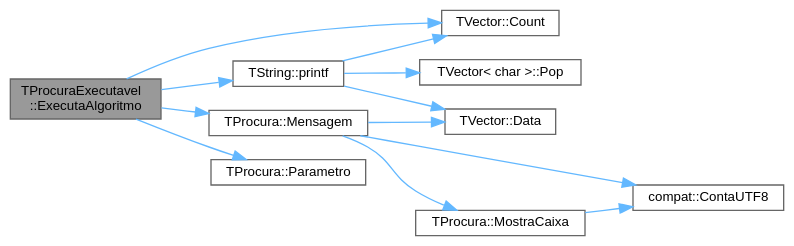
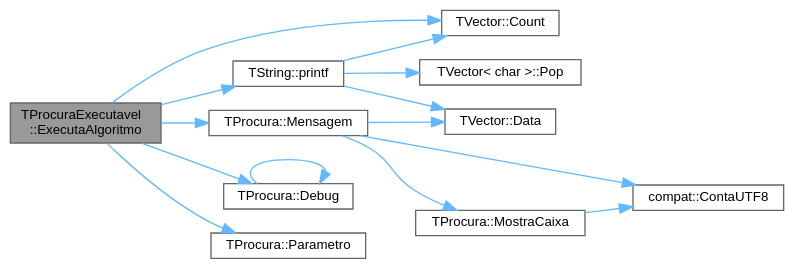
One commit to jcoelho72/TProcura changed the diagram in classTProcuraExecutavel_a4a5bfffa3469b7827316d59fea6796c1_cgraph.dot. Above: the diagram before and after it, drawn with Graphviz. The commit also changed 125 other files, not shown here.

```diff
--- a/classTProcuraExecutavel_a4a5bfffa3469b7827316d59fea6796c1_cgraph.dot
+++ b/classTProcuraExecutavel_a4a5bfffa3469b7827316d59fea6796c1_cgraph.dot
@@ -1,28 +1,31 @@
 digraph "TProcuraExecutavel::ExecutaAlgoritmo"
 {
  // LATEX_PDF_SIZE
   bgcolor="transparent";
   edge [fontname=Helvetica,fontsize=10,labelfontname=Helvetica,labelfontsize=10];
   node [fontname=Helvetica,fontsize=10,shape=box,height=0.2,width=0.4];
   rankdir="LR";
   Node1 [id="Node000001",label="TProcuraExecutavel\l::ExecutaAlgoritmo",height=0.2,width=0.4,color="gray40", fillcolor="grey60", style="filled", fontcolor="black",tooltip="Executa o algoritmo e extrai os indicadores."];
   Node1 -> Node2 [id="edge1_Node000001_Node000002",color="steelblue1",style="solid",tooltip=" "];
   Node2 [id="Node000002",label="TVector::Count",height=0.2,width=0.4,color="grey40", fillcolor="white", style="filled",URL="$classTVector.html#ac3c744d84543ca6e32859eb7dfccfeef",tooltip=" "];
   Node1 -> Node3 [id="edge2_Node000001_Node000003",color="steelblue1",style="solid",tooltip=" "];
-  Node3 [id="Node000003",label="TProcura::Mensagem",height=0.2,width=0.4,color="grey40", fillcolor="white", style="filled",URL="$classTProcura.html#a9a00ec91eff35fd4e73de608ceb195f6",tooltip=" "];
-  Node3 -> Node4 [id="edge3_Node000003_Node000004",color="steelblue1",style="solid",tooltip=" "];
-  Node4 [id="Node000004",label="compat::ContaUTF8",height=0.2,width=0.4,color="grey40", fillcolor="white", style="filled",URL="$namespacecompat.html#a2cc00022a29bc0fc08165228956a10f5",tooltip=" "];
-  Node3 -> Node5 [id="edge4_Node000003_Node000005",color="steelblue1",style="solid",tooltip=" "];
-  Node5 [id="Node000005",label="TVector::Data",height=0.2,width=0.4,color="grey40", fillcolor="white", style="filled",URL="$classTVector.html#addd572d70b587092fddc21a8b0f53120",tooltip="Acesso direto."];
-  Node3 -> Node6 [id="edge5_Node000003_Node000006",color="steelblue1",style="solid",tooltip=" "];
-  Node6 [id="Node000006",label="TProcura::MostraCaixa",height=0.2,width=0.4,color="grey40", fillcolor="white", style="filled",URL="$classTProcura.html#a07ef3e2896824e87650013dfefb3d665",tooltip=" "];
-  Node6 -> Node4 [id="edge6_Node000006_Node000004",color="steelblue1",style="solid",tooltip=" "];
-  Node1 -> Node7 [id="edge7_Node000001_Node000007",color="steelblue1",style="solid",tooltip=" "];
-  Node7 [id="Node000007",label="TProcura::Parametro",height=0.2,width=0.4,color="grey40", fillcolor="white", style="filled",URL="$classTProcura.html#a0e9e692f29af8a5d5279a8647c800437",tooltip=" "];
-  Node1 -> Node8 [id="edge8_Node000001_Node000008",color="steelblue1",style="solid",tooltip=" "];
-  Node8 [id="Node000008",label="TString::printf",height=0.2,width=0.4,color="grey40", fillcolor="white", style="filled",URL="$classTString.html#a4b9a718839325a0e057bc6e2483d3f17",tooltip=" "];
-  Node8 -> Node2 [id="edge9_Node000008_Node000002",color="steelblue1",style="solid",tooltip=" "];
-  Node8 -> Node5 [id="edge10_Node000008_Node000005",color="steelblue1",style="solid",tooltip=" "];
-  Node8 -> Node9 [id="edge11_Node000008_Node000009",color="steelblue1",style="solid",tooltip=" "];
-  Node9 [id="Node000009",label="TVector\< char \>::Pop",height=0.2,width=0.4,color="grey40", fillcolor="white", style="filled",URL="$classTVector.html#a3249913626d54e46b07e168ce1f05d87",tooltip=" "];
+  Node3 [id="Node000003",label="TProcura::Debug",height=0.2,width=0.4,color="grey40", fillcolor="white", style="filled",URL="$classTProcura.html#a0c5676c1b54ab6bdc1045b98aeafe456",tooltip="Mostra o estado no ecrã, para debug."];
+  Node3 -> Node3 [id="edge3_Node000003_Node000003",color="steelblue1",style="solid",tooltip=" "];
+  Node1 -> Node4 [id="edge4_Node000001_Node000004",color="steelblue1",style="solid",tooltip=" "];
+  Node4 [id="Node000004",label="TProcura::Mensagem",height=0.2,width=0.4,color="grey40", fillcolor="white", style="filled",URL="$classTProcura.html#a9a00ec91eff35fd4e73de608ceb195f6",tooltip=" "];
+  Node4 -> Node5 [id="edge5_Node000004_Node000005",color="steelblue1",style="solid",tooltip=" "];
+  Node5 [id="Node000005",label="compat::ContaUTF8",height=0.2,width=0.4,color="grey40", fillcolor="white", style="filled",URL="$namespacecompat.html#a2cc00022a29bc0fc08165228956a10f5",tooltip=" "];
+  Node4 -> Node6 [id="edge6_Node000004_Node000006",color="steelblue1",style="solid",tooltip=" "];
+  Node6 [id="Node000006",label="TVector::Data",height=0.2,width=0.4,color="grey40", fillcolor="white", style="filled",URL="$classTVector.html#addd572d70b587092fddc21a8b0f53120",tooltip="Acesso direto."];
+  Node4 -> Node7 [id="edge7_Node000004_Node000007",color="steelblue1",style="solid",tooltip=" "];
+  Node7 [id="Node000007",label="TProcura::MostraCaixa",height=0.2,width=0.4,color="grey40", fillcolor="white", style="filled",URL="$classTProcura.html#a07ef3e2896824e87650013dfefb3d665",tooltip=" "];
+  Node7 -> Node5 [id="edge8_Node000007_Node000005",color="steelblue1",style="solid",tooltip=" "];
+  Node1 -> Node8 [id="edge9_Node000001_Node000008",color="steelblue1",style="solid",tooltip=" "];
+  Node8 [id="Node000008",label="TProcura::Parametro",height=0.2,width=0.4,color="grey40", fillcolor="white", style="filled",URL="$classTProcura.html#a0e9e692f29af8a5d5279a8647c800437",tooltip=" "];
+  Node1 -> Node9 [id="edge10_Node000001_Node000009",color="steelblue1",style="solid",tooltip=" "];
+  Node9 [id="Node000009",label="TString::printf",height=0.2,width=0.4,color="grey40", fillcolor="white", style="filled",URL="$classTString.html#a4b9a718839325a0e057bc6e2483d3f17",tooltip=" "];
+  Node9 -> Node2 [id="edge11_Node000009_Node000002",color="steelblue1",style="solid",tooltip=" "];
+  Node9 -> Node6 [id="edge12_Node000009_Node000006",color="steelblue1",style="solid",tooltip=" "];
+  Node9 -> Node10 [id="edge13_Node000009_Node000010",color="steelblue1",style="solid",tooltip=" "];
+  Node10 [id="Node000010",label="TVector\< char \>::Pop",height=0.2,width=0.4,color="grey40", fillcolor="white", style="filled",URL="$classTVector.html#a3249913626d54e46b07e168ce1f05d87",tooltip=" "];
 }
```
